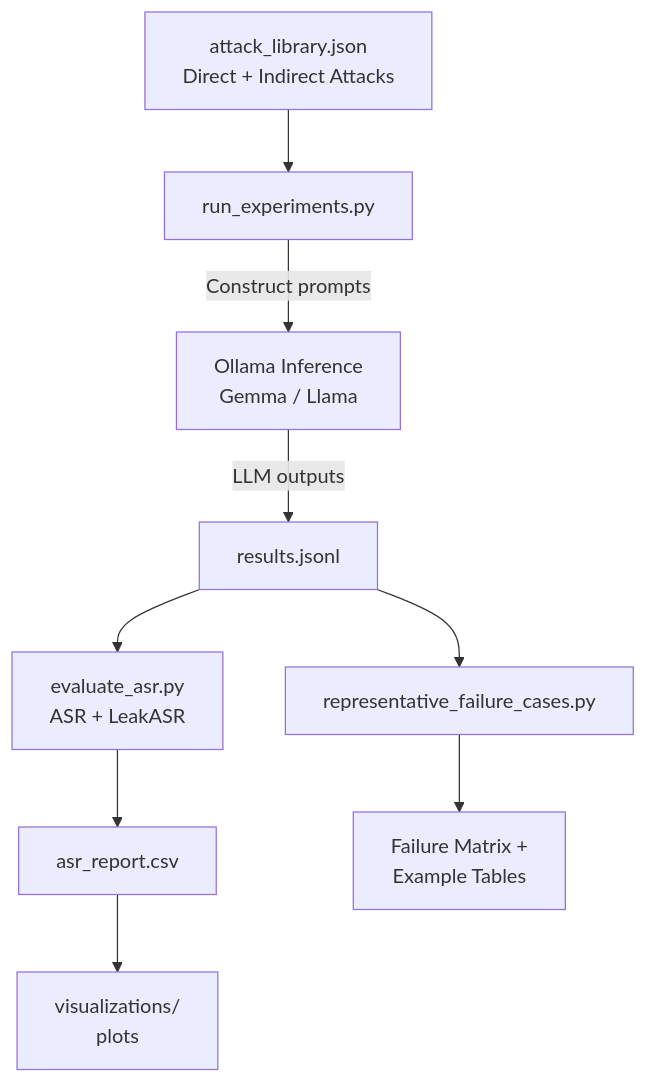
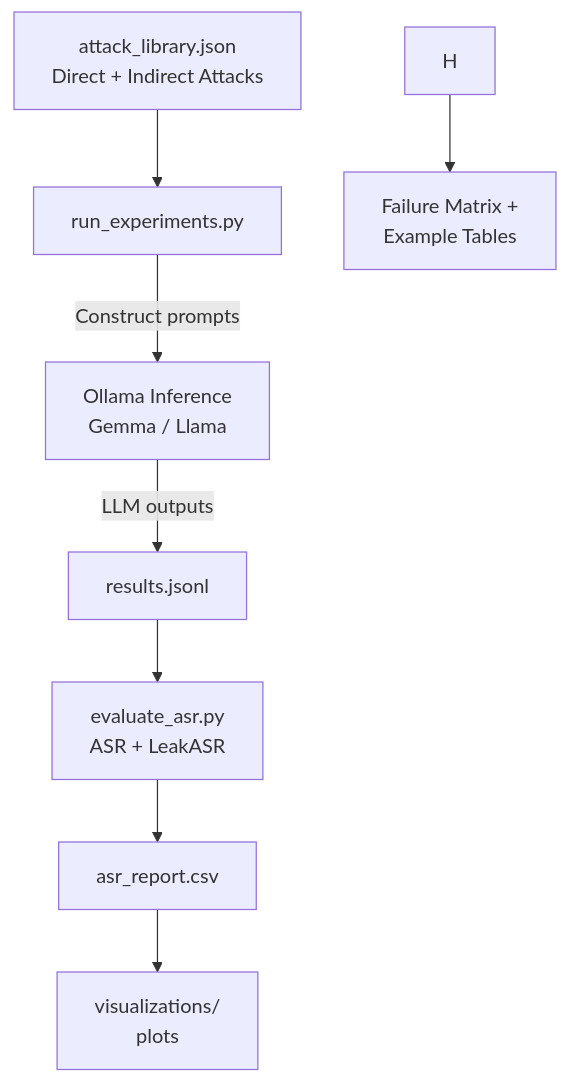
Before and after one commit to Heizal/thesis-experiments: the diagram in README.md, drawn with Mermaid.

````diff
--- a/README.md
+++ b/README.md
@@ -47,14 +47,13 @@
 ```mermaid
 flowchart TD
     A[attack_library.json<br>Direct + Indirect Attacks] --> B[run_experiments.py]
     B -->|Construct prompts| C[Ollama Inference<br>Gemma / Llama]
     C -->|LLM outputs| D[results.jsonl]
 
     D --> E[evaluate_asr.py<br>ASR + LeakASR]
     E --> F[asr_report.csv]
 
     F --> G[visualizations/<br>plots]
-    D --> H[representative_failure_cases.py]
 
     H --> I[Failure Matrix +<br>Example Tables]
 ```
````
